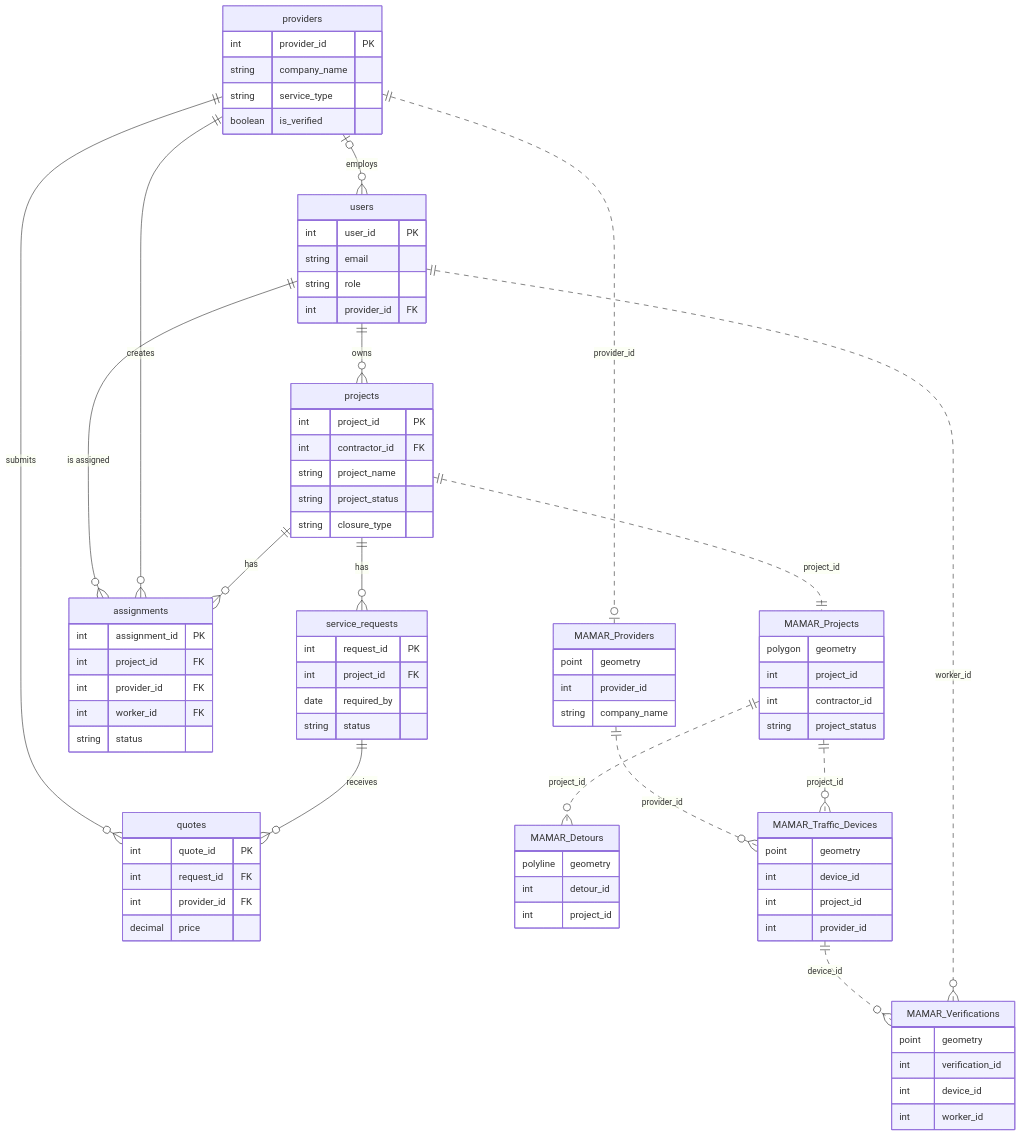
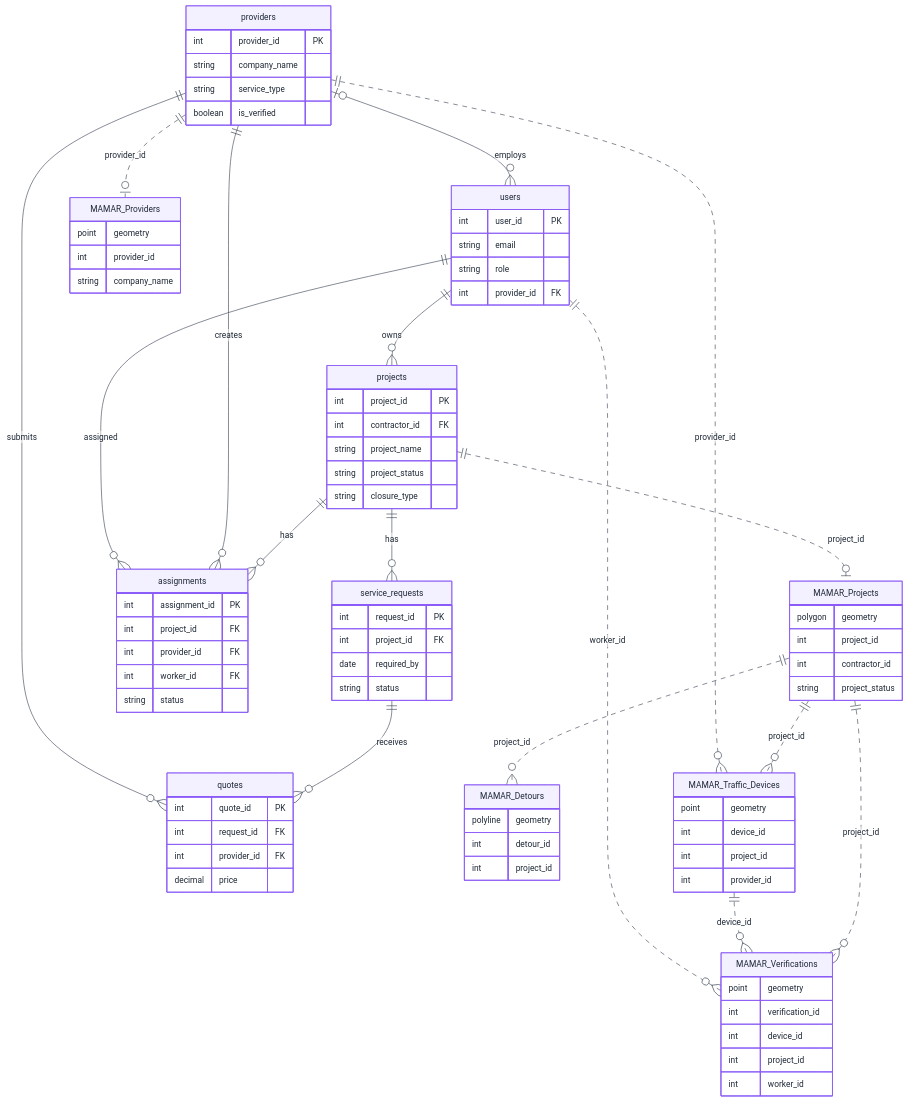
Before and after one commit to janaalhazmi/MAMAR: the third of 6 diagrams in Stage 3: Technical Documentation/README.md, drawn with Mermaid. The commit also changed other lines of this file, not shown here.

````diff
--- a/Stage 3: Technical Documentation/README.md
+++ b/Stage 3: Technical Documentation/README.md
@@ -440,87 +424,87 @@
 ```mermaid
+%%{init: {"theme": "base", "themeVariables": {"background": "#FFFFFF", "primaryColor": "#F3F0FF", "primaryTextColor": "#1F2937", "primaryBorderColor": "#8B5CF6", "lineColor": "#374151", "secondaryColor": "#F3F0FF", "tertiaryColor": "#FFFFFF", "actorBkg": "#F3F0FF", "actorBorder": "#8B5CF6", "actorTextColor": "#1F2937", "signalColor": "#374151", "signalTextColor": "#1F2937", "labelBoxBkgColor": "#F3F0FF", "labelBoxBorderColor": "#8B5CF6", "noteBkgColor": "#F3F0FF", "noteBorderColor": "#8B5CF6", "fontFamily": "Arial", "fontSize": "14px"}}}%%
 erDiagram
-    providers |o--o{ users : "employs"
-    users ||--o{ projects : "owns"
-    projects ||--o{ service_requests : "has"
-    service_requests ||--o{ quotes : "receives"
-    providers ||--o{ quotes : "submits"
-    projects ||--o{ assignments : "has"
-    providers ||--o{ assignments : "creates"
-    users ||--o{ assignments : "is assigned"
-
-    projects ||..|| MAMAR_Projects : "project_id"
-    providers ||..o| MAMAR_Providers : "provider_id"
-    users ||..o{ MAMAR_Verifications : "worker_id"
-
-    MAMAR_Projects ||..o{ MAMAR_Detours : "project_id"
-    MAMAR_Projects ||..o{ MAMAR_Traffic_Devices : "project_id"
-    MAMAR_Providers ||..o{ MAMAR_Traffic_Devices : "provider_id"
-    MAMAR_Traffic_Devices ||..o{ MAMAR_Verifications : "device_id"
-
+    providers |o--o{ users : employs
+    users ||--o{ projects : owns
+    projects ||--o{ service_requests : has
+    service_requests ||--o{ quotes : receives
+    providers ||--o{ quotes : submits
+    projects ||--o{ assignments : has
+    providers ||--o{ assignments : creates
+    users ||--o{ assignments : assigned
+    providers ||..o| MAMAR_Providers : provider_id
+    projects ||..o| MAMAR_Projects : project_id
+    MAMAR_Projects ||..o{ MAMAR_Detours : project_id
+    MAMAR_Projects ||..o{ MAMAR_Traffic_Devices : project_id
+    MAMAR_Projects ||..o{ MAMAR_Verifications : project_id
+    providers ||..o{ MAMAR_Traffic_Devices : provider_id
+    MAMAR_Traffic_Devices ||..o{ MAMAR_Verifications : device_id
+    users ||..o{ MAMAR_Verifications : worker_id
+    providers {
+      int provider_id PK
+      string company_name
+      string service_type
+      boolean is_verified
+    }
     users {
-        int user_id PK
-        string email
-        string role
-        int provider_id FK
-    }
-    providers {
-        int provider_id PK
-        string company_name
-        string service_type
-        boolean is_verified
+      int user_id PK
+      string email
+      string role
+      int provider_id FK
     }
     projects {
-        int project_id PK
-        int contractor_id FK
-        string project_name
-        string project_status
-        string closure_type
+      int project_id PK
+      int contractor_id FK
+      string project_name
+      string project_status
+      string closure_type
     }
     service_requests {
-        int request_id PK
-        int project_id FK
-        date required_by
-        string status
+      int request_id PK
+      int project_id FK
+      date required_by
+      string status
     }
     quotes {
-        int quote_id PK
-        int request_id FK
-        int provider_id FK
-        decimal price
+      int quote_id PK
+      int request_id FK
+      int provider_id FK
+      decimal price
     }
     assignments {
-        int assignment_id PK
-        int project_id FK
-        int provider_id FK
-        int worker_id FK
-        string status
+      int assignment_id PK
+      int project_id FK
+      int provider_id FK
+      int worker_id FK
+      string status
+    }
+    MAMAR_Providers {
+      point geometry
+      int provider_id
+      string company_name
     }
     MAMAR_Projects {
-        polygon geometry
-        int project_id
-        int contractor_id
-        string project_status
-    }
-    MAMAR_Providers {
-        point geometry
-        int provider_id
-        string company_name
+      polygon geometry
+      int project_id
+      int contractor_id
+      string project_status
     }
     MAMAR_Detours {
-        polyline geometry
-        int detour_id
-        int project_id
+      polyline geometry
+      int detour_id
+      int project_id
     }
     MAMAR_Traffic_Devices {
-        point geometry
-        int device_id
-        int project_id
-        int provider_id
+      point geometry
+      int device_id
+      int project_id
+      int provider_id
     }
     MAMAR_Verifications {
-        point geometry
-        int verification_id
-        int device_id
-        int worker_id
+      point geometry
+      int verification_id
+      int device_id
+      int project_id
+      int worker_id
     }
 ```
````
